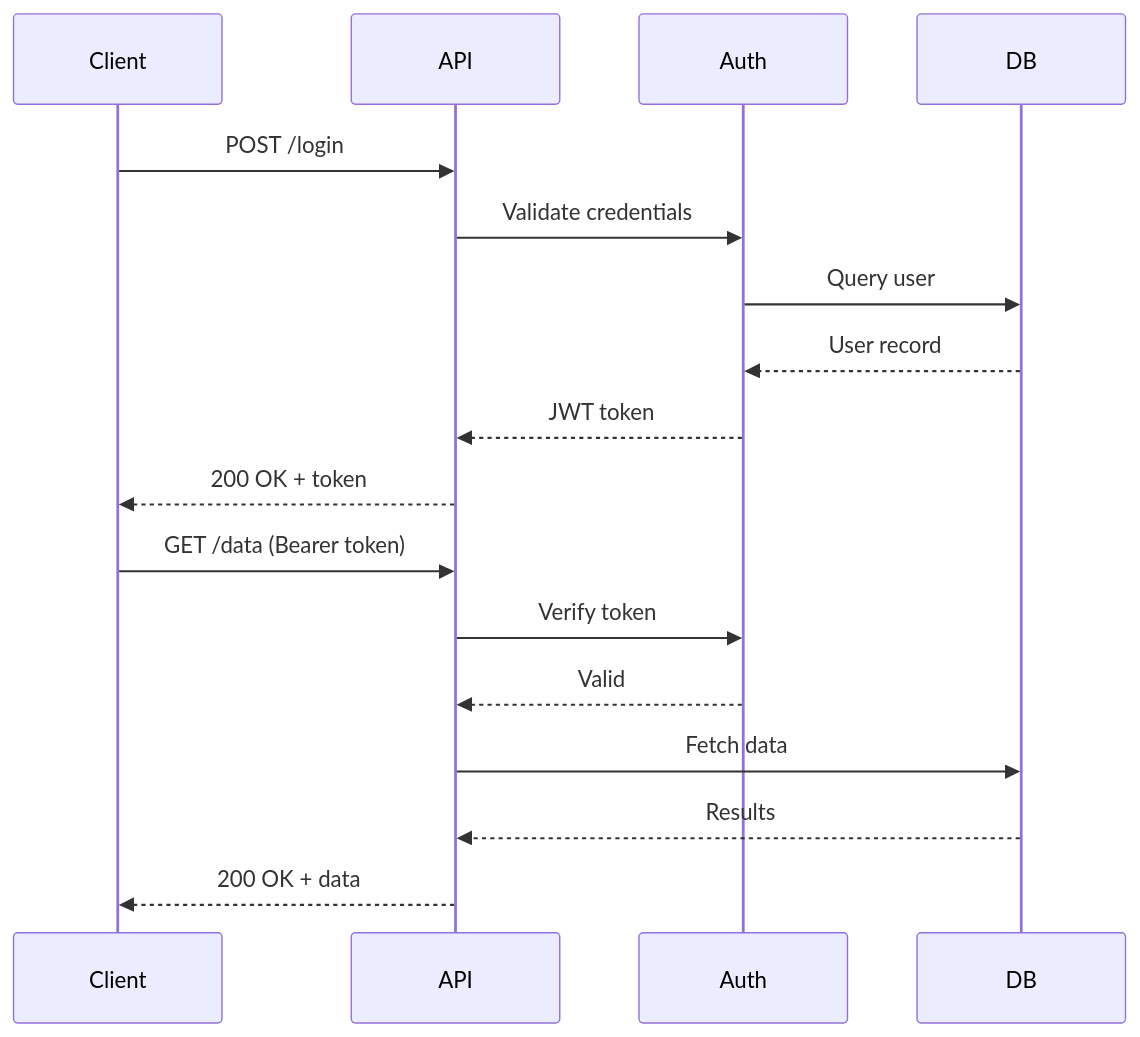
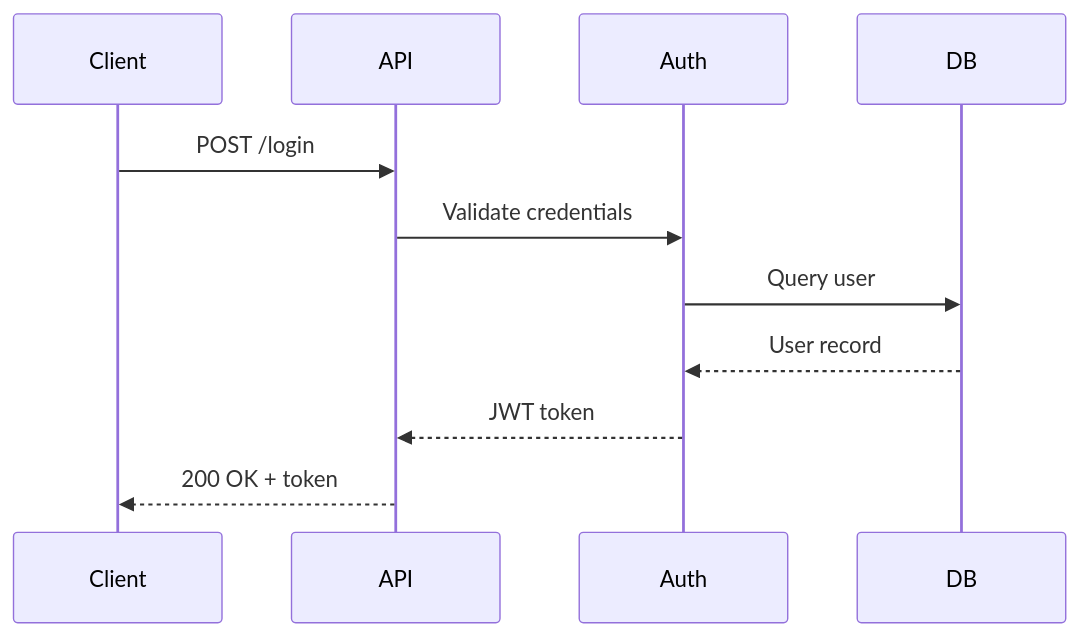
One commit to timk75/obsidian-beautiful-mermaid changed the second of 6 diagrams in showcase.md. Above: the diagram before and after it, drawn with Mermaid. The commit also changed other lines of this file and 11 other files, not shown here.

````diff
--- a/showcase.md
+++ b/showcase.md
@@ -42,21 +67,13 @@
 ```mermaid
 sequenceDiagram
     participant Client
     participant API
     participant Auth
     participant DB
-
     Client->>API: POST /login
     API->>Auth: Validate credentials
     Auth->>DB: Query user
     DB-->>Auth: User record
     Auth-->>API: JWT token
     API-->>Client: 200 OK + token
-
-    Client->>API: GET /data (Bearer token)
-    API->>Auth: Verify token
-    Auth-->>API: Valid
-    API->>DB: Fetch data
-    DB-->>API: Results
-    API-->>Client: 200 OK + data
 ```
````
